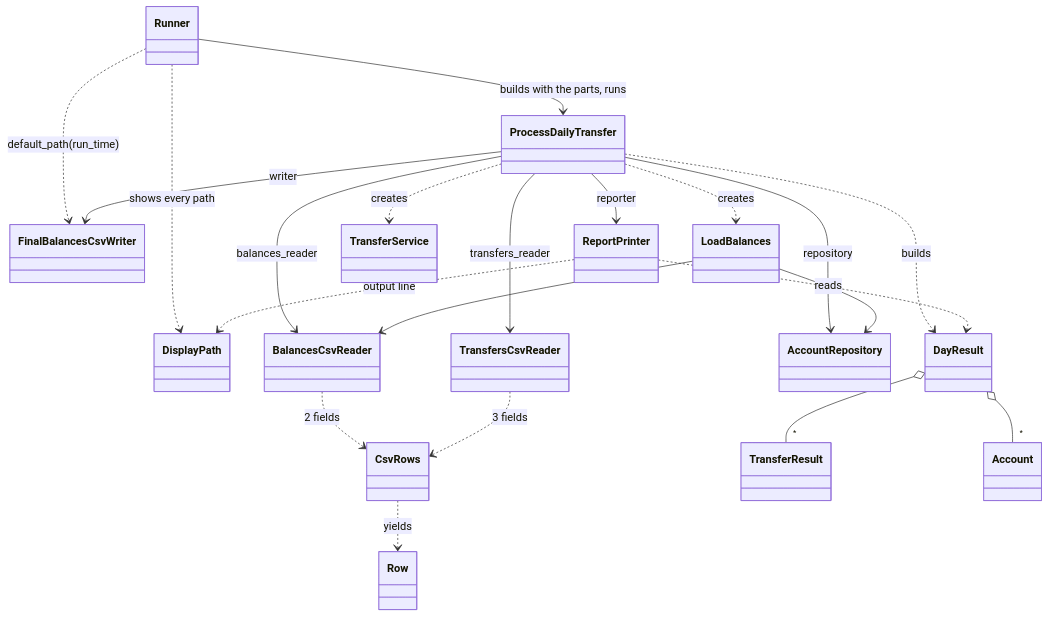
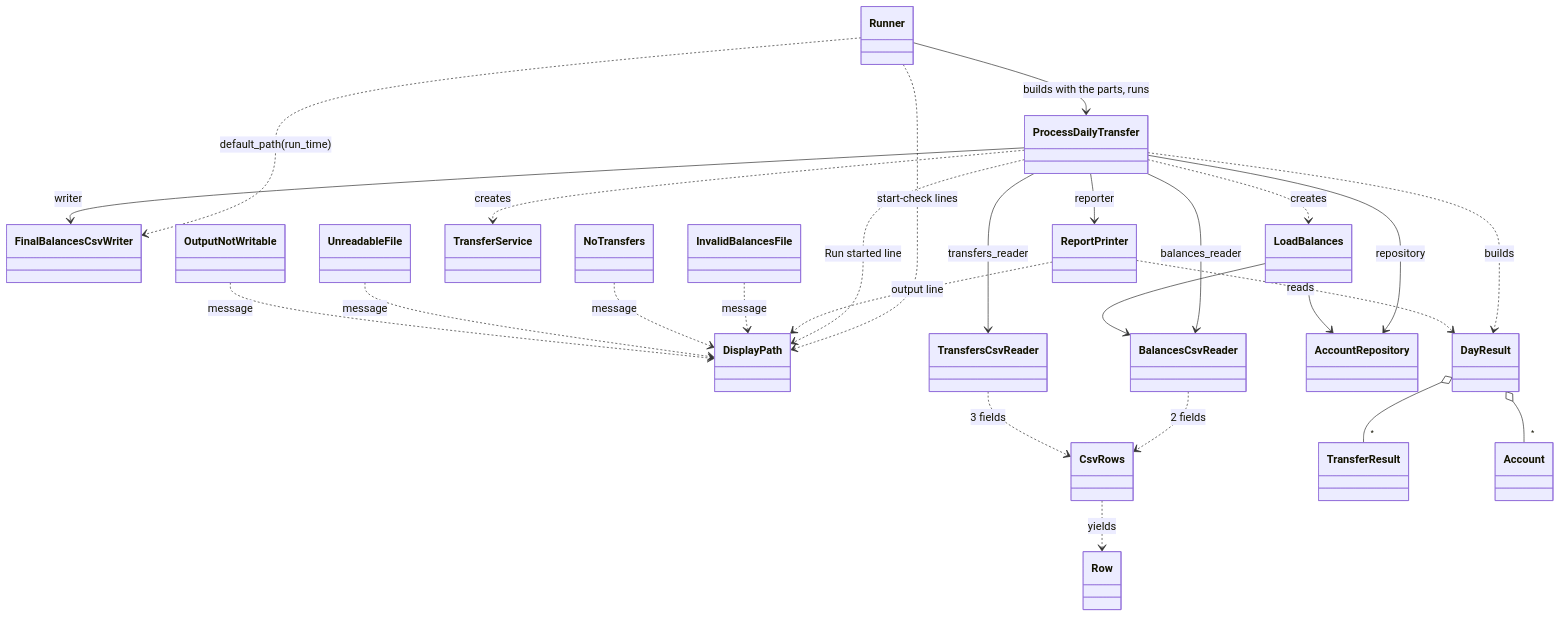
One commit to hetal-patel78/mable-backend-code-challenge changed the diagram in specs/002-file-runner/data-model.md. Above: the diagram before and after it, drawn with Mermaid. The commit also changed other lines of this file and 1 other file, not shown here.

Commit message:
Fix review round findings in 002-file-runner: contract and data model for real paths and DisplayPath use (R1-02)

````diff
--- a/specs/002-file-runner/data-model.md
+++ b/specs/002-file-runner/data-model.md
@@ -7,23 +7,28 @@
 ```mermaid
 classDiagram
-    Runner ..> DisplayPath : shows every path
+    Runner ..> DisplayPath : start-check lines
     Runner ..> FinalBalancesCsvWriter : default_path(run_time)
     Runner --> ProcessDailyTransfer : builds with the parts, runs
     ProcessDailyTransfer --> BalancesCsvReader : balances_reader
     ProcessDailyTransfer --> TransfersCsvReader : transfers_reader
     ProcessDailyTransfer --> FinalBalancesCsvWriter : writer
     ProcessDailyTransfer --> AccountRepository : repository
     ProcessDailyTransfer --> ReportPrinter : reporter
+    ProcessDailyTransfer ..> DisplayPath : Run started line
     ProcessDailyTransfer ..> LoadBalances : creates
     ProcessDailyTransfer ..> TransferService : creates
     ProcessDailyTransfer ..> DayResult : builds
     LoadBalances --> BalancesCsvReader
     LoadBalances --> AccountRepository
     BalancesCsvReader ..> CsvRows : 2 fields
     TransfersCsvReader ..> CsvRows : 3 fields
     CsvRows ..> Row : yields
     DayResult o-- "*" TransferResult
     DayResult o-- "*" Account
     ReportPrinter ..> DayResult : reads
     ReportPrinter ..> DisplayPath : output line
+    InvalidBalancesFile ..> DisplayPath : message
+    NoTransfers ..> DisplayPath : message
+    UnreadableFile ..> DisplayPath : message
+    OutputNotWritable ..> DisplayPath : message
 ```
````
